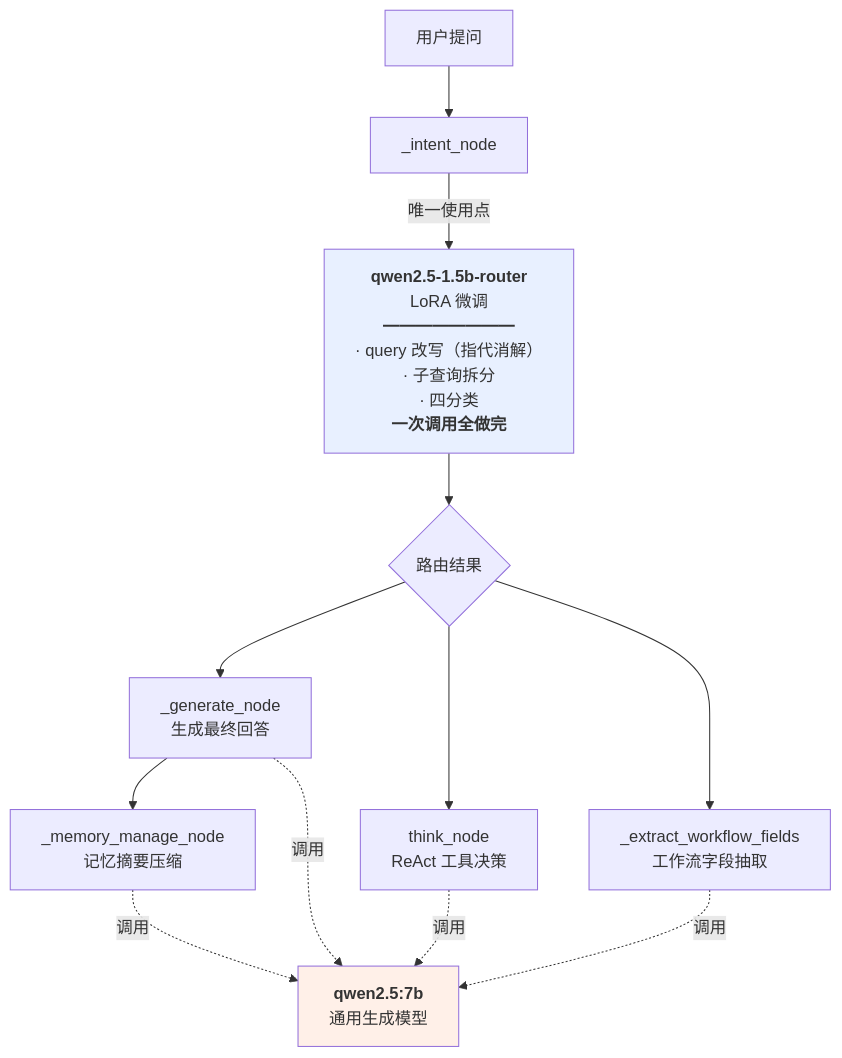
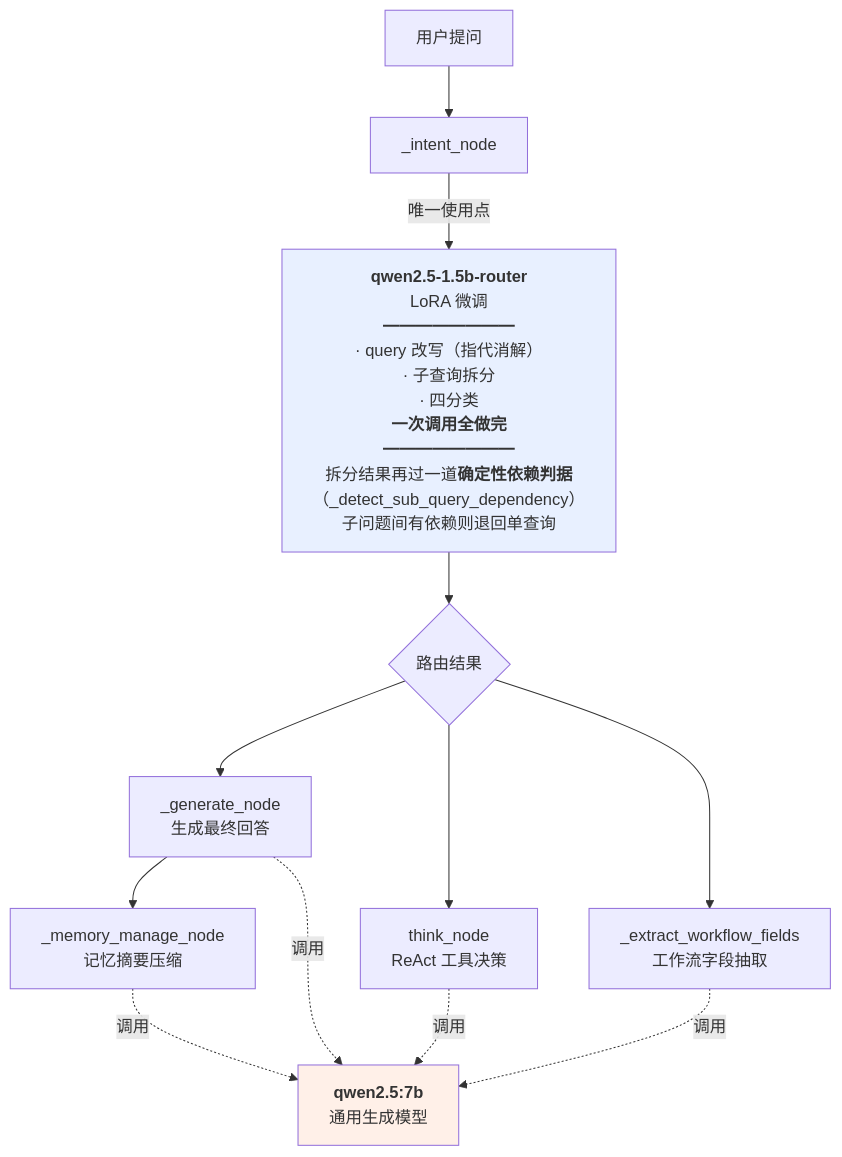
Before and after one commit to lineagemtw0002-sketch/enterprise-qa-agent: the fourth of 6 diagrams in docs/architecture.md, drawn with Mermaid. The commit also changed other lines of this file, not shown here.

First line of the commit message:
docs: sync architecture.md with tonight's D1/D2 and observability changes

````diff
--- a/docs/architecture.md
+++ b/docs/architecture.md
@@ -184,20 +184,20 @@
 ```mermaid
 flowchart TB
     Q["用户提问"] --> IN["_intent_node"]
 
-    IN -->|"唯一使用点"| R15["<b>qwen2.5-1.5b-router</b><br/>LoRA 微调<br/>━━━━━━━━<br/>· query 改写（指代消解）<br/>· 子查询拆分<br/>· 四分类<br/><b>一次调用全做完</b>"]
+    IN -->|"唯一使用点"| R15["<b>qwen2.5-1.5b-router</b><br/>LoRA 微调<br/>━━━━━━━━<br/>· query 改写（指代消解）<br/>· 子查询拆分<br/>· 四分类<br/><b>一次调用全做完</b><br/>━━━━━━━━<br/>拆分结果再过一道<b>确定性依赖判据</b><br/>（_detect_sub_query_dependency）<br/>子问题间有依赖则退回单查询"]
 
     R15 --> ROUTE{路由结果}
     ROUTE --> G["_generate_node<br/>生成最终回答"]
     ROUTE --> T["think_node<br/>ReAct 工具决策"]
     ROUTE --> W["_extract_workflow_fields<br/>工作流字段抽取"]
     G --> MM["_memory_manage_node<br/>记忆摘要压缩"]
 
     G -.->|调用| M7["<b>qwen2.5:7b</b><br/>通用生成模型"]
     T -.->|调用| M7
     W -.->|调用| M7
     MM -.->|调用| M7
 
     style R15 fill:#e8f0ff
     style M7 fill:#fff0e8
 ```
````
